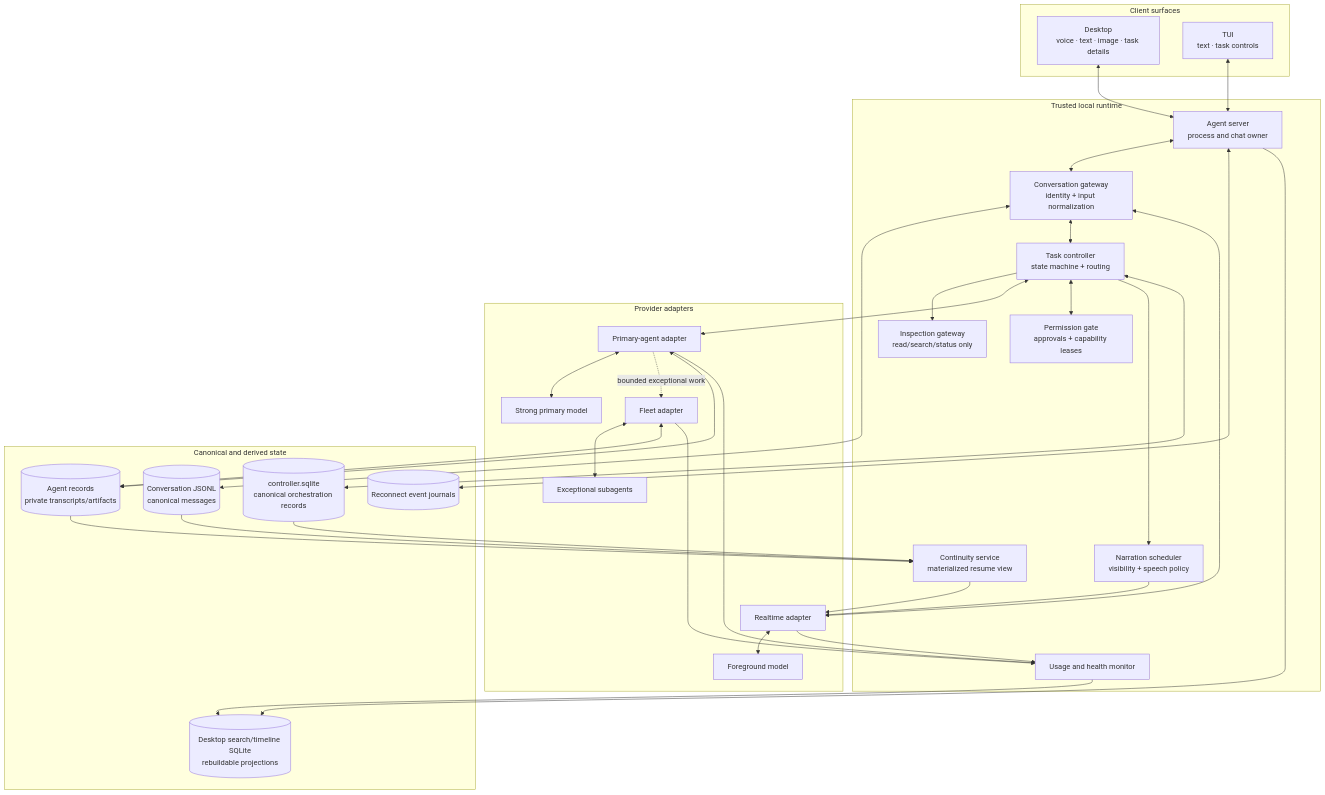
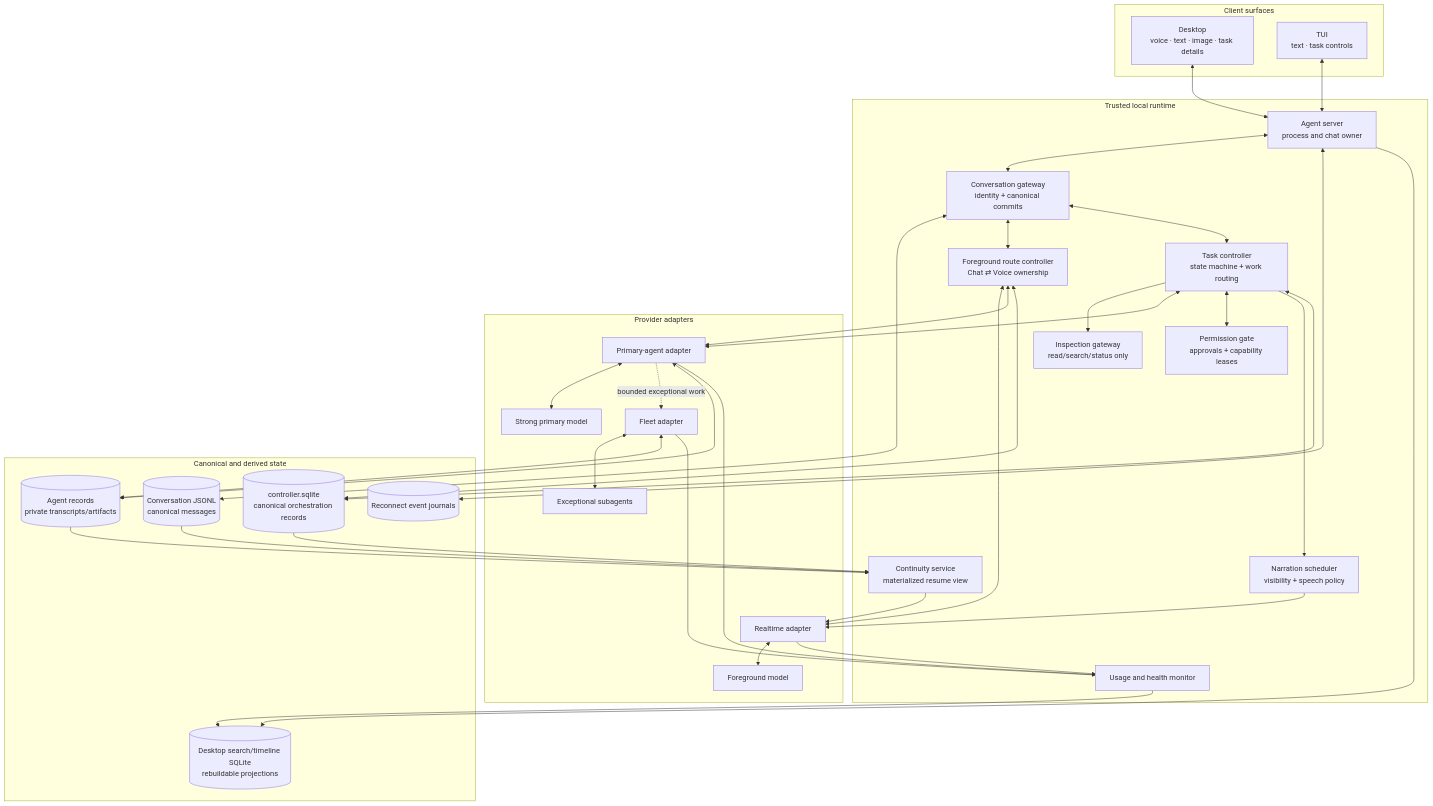
Before and after one commit to elsondev2/zyra: the first of 4 diagrams in docs/architecture/voice-agent/system-architecture.md, drawn with Mermaid. The commit also changed other lines of this file and 42 other files, not shown here.

Commit message:
docs: define canonical chat and explicit voice routing

````diff
--- a/docs/architecture/voice-agent/system-architecture.md
+++ b/docs/architecture/voice-agent/system-architecture.md
@@ -12,67 +12,71 @@
 ```mermaid
 flowchart TB
     subgraph Surface[Client surfaces]
         D[Desktop\nvoice · text · image · task details]
         T[TUI\ntext · task controls]
     end
 
     subgraph Runtime[Trusted local runtime]
         AS[Agent server\nprocess and chat owner]
-        GW[Conversation gateway\nidentity + input normalization]
-        TC[Task controller\nstate machine + routing]
+        GW[Conversation gateway\nidentity + canonical commits]
+        FR[Foreground route controller\nChat ⇄ Voice ownership]
+        TC[Task controller\nstate machine + work routing]
         INSPECT[Inspection gateway\nread/search/status only]
         PG[Permission gate\napprovals + capability leases]
         NS[Narration scheduler\nvisibility + speech policy]
         CS[Continuity service\nmaterialized resume view]
         UM[Usage and health monitor]
     end
 
     subgraph Models[Provider adapters]
         RA[Realtime adapter]
         FG[Foreground model]
         PA[Primary-agent adapter]
         SM[Strong primary model]
         FA[Fleet adapter]
         SUB[Exceptional subagents]
     end
 
     subgraph State[Canonical and derived state]
         CL[(Conversation JSONL\ncanonical messages)]
         TL[(controller.sqlite\ncanonical orchestration records)]
         AR[(Agent records\nprivate transcripts/artifacts)]
         EJ[(Reconnect event journals)]
         UI[(Desktop search/timeline SQLite\nrebuildable projections)]
     end
 
     D <--> AS
     T <--> AS
     AS <--> GW
     GW <--> CL
+    GW <--> FR
     GW <--> TC
     AS <--> EJ
     AS --> UI
 
-    GW <--> RA
+    FR <--> RA
     RA <--> FG
+    FR <--> PA
     TC --> INSPECT
     TC <--> PA
     PA <--> SM
     PA -. bounded exceptional work .-> FA
     FA <--> SUB
     TC <--> PG
 
     TC --> NS
     NS --> RA
     CL --> CS
     TL --> CS
     AR --> CS
     CS --> RA
 
+    FR <--> TL
     TC <--> TL
     PA <--> AR
     FA <--> AR
     RA --> UM
     PA --> UM
     FA --> UM
     UM --> UI
 ```
````
